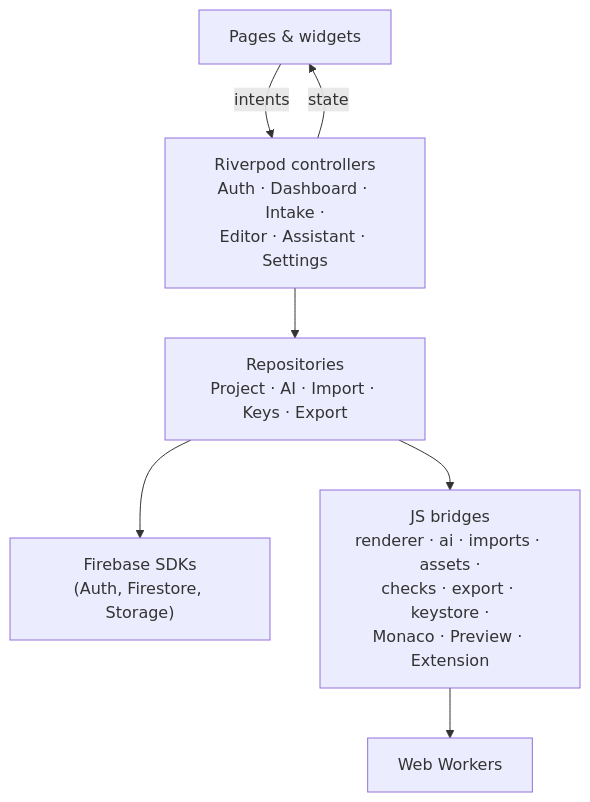
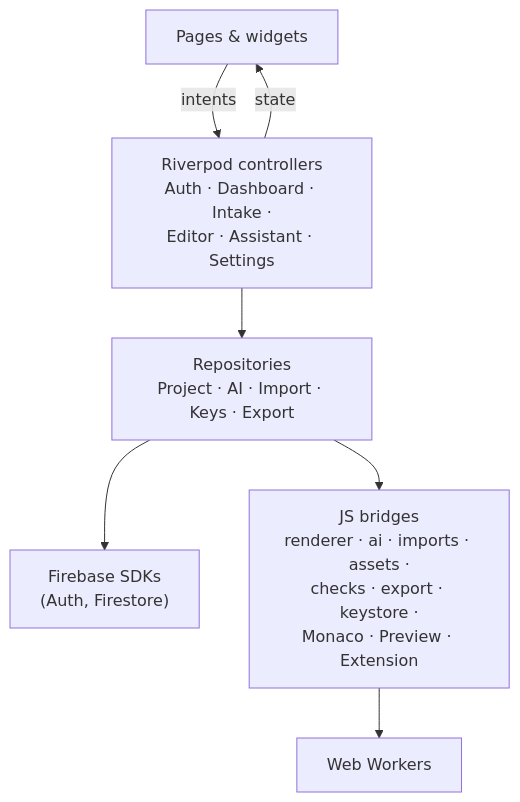
The second of 17 diagrams in docs/ARCHITECTURE.md (iamsanuponnulli-hue/PORTFOLIO-BUILDER), drawn with Mermaid before and after one commit. The commit also changed other lines of this file and 38 other files, not shown here.

````diff
--- a/docs/ARCHITECTURE.md
+++ b/docs/ARCHITECTURE.md
@@ -112,9 +105,9 @@
 ```mermaid
 flowchart TB
   PG["Pages & widgets"] -- intents --> CT["Riverpod controllers<br/>Auth · Dashboard · Intake ·<br/>Editor · Assistant · Settings"]
   CT -- state --> PG
   CT --> RP["Repositories<br/>Project · AI · Import · Keys · Export"]
-  RP --> FBS["Firebase SDKs<br/>(Auth, Firestore, Storage)"]
+  RP --> FBS["Firebase SDKs<br/>(Auth, Firestore)"]
   RP --> BR["JS bridges<br/>renderer · ai · imports · assets ·<br/>checks · export · keystore ·<br/>Monaco · Preview · Extension"]
   BR --> WK["Web Workers"]
 ```
````
